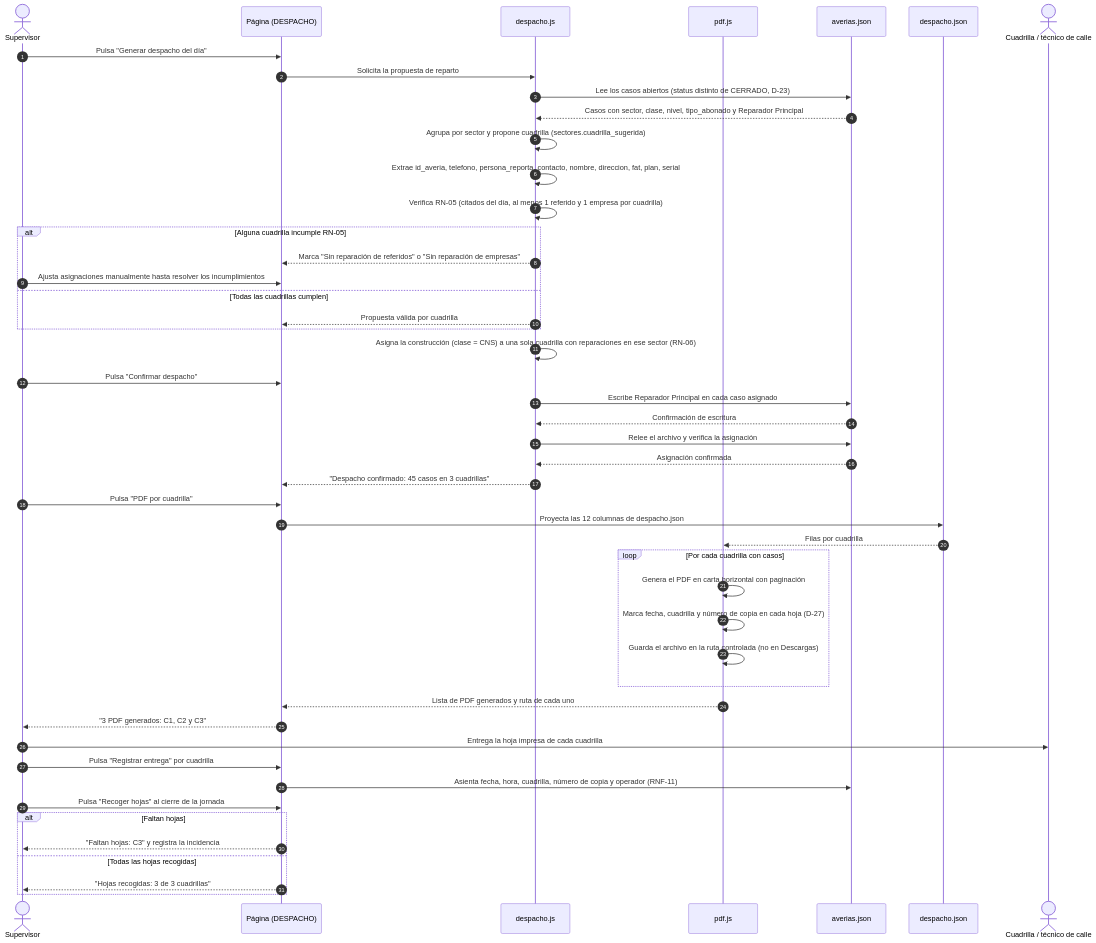
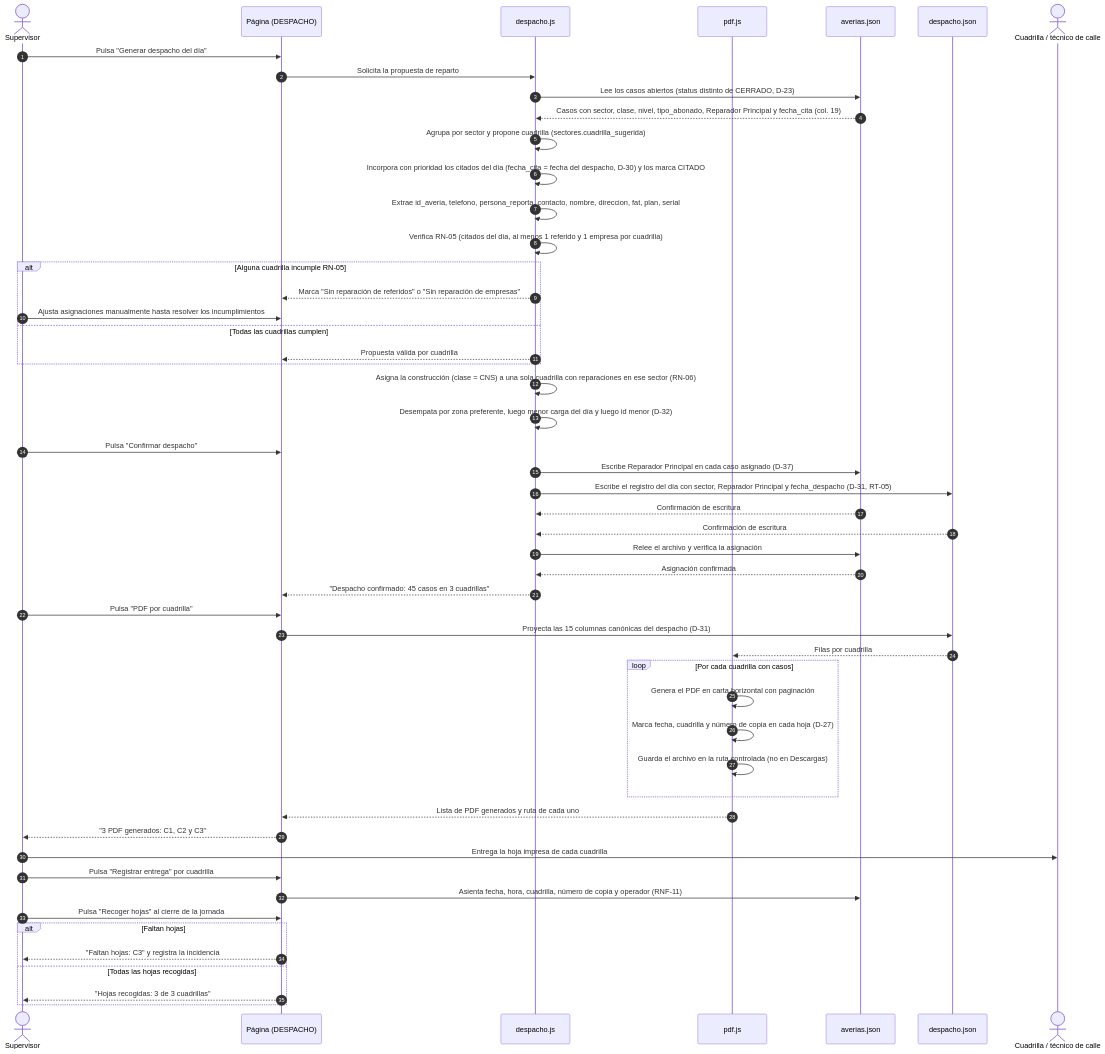
One commit to anlucorporations/GGTO changed the seventh of 8 diagrams in RepoTecnico/casos_uso/diagramas.md. Above: the diagram before and after it, drawn with Mermaid. The commit also changed other lines of this file and 3 other files, not shown here.

````diff
--- a/RepoTecnico/casos_uso/diagramas.md
+++ b/RepoTecnico/casos_uso/diagramas.md
@@ -350,51 +368,55 @@
 ```mermaid
 sequenceDiagram
     autonumber
     actor SUP as Supervisor
     participant UI as Página (DESPACHO)
     participant DSP as despacho.js
     participant PGF as pdf.js
     participant MAE as averias.json
     participant DES as despacho.json
     actor CUA as Cuadrilla / técnico de calle
 
     SUP->>UI: Pulsa "Generar despacho del día"
     UI->>DSP: Solicita la propuesta de reparto
     DSP->>MAE: Lee los casos abiertos (status distinto de CERRADO, D-23)
-    MAE-->>DSP: Casos con sector, clase, nivel, tipo_abonado y Reparador Principal
+    MAE-->>DSP: Casos con sector, clase, nivel, tipo_abonado, Reparador Principal y fecha_cita (col. 19)
     DSP->>DSP: Agrupa por sector y propone cuadrilla (sectores.cuadrilla_sugerida)
+    DSP->>DSP: Incorpora con prioridad los citados del día (fecha_cita = fecha del despacho, D-30) y los marca CITADO
     DSP->>DSP: Extrae id_averia, telefono, persona_reporta, contacto, nombre, direccion, fat, plan, serial
     DSP->>DSP: Verifica RN-05 (citados del día, al menos 1 referido y 1 empresa por cuadrilla)
     alt Alguna cuadrilla incumple RN-05
         DSP-->>UI: Marca "Sin reparación de referidos" o "Sin reparación de empresas"
         SUP->>UI: Ajusta asignaciones manualmente hasta resolver los incumplimientos
     else Todas las cuadrillas cumplen
         DSP-->>UI: Propuesta válida por cuadrilla
     end
     DSP->>DSP: Asigna la construcción (clase = CNS) a una sola cuadrilla con reparaciones en ese sector (RN-06)
+    DSP->>DSP: Desempata por zona preferente, luego menor carga del día y luego id menor (D-32)
     SUP->>UI: Pulsa "Confirmar despacho"
-    DSP->>MAE: Escribe Reparador Principal en cada caso asignado
+    DSP->>MAE: Escribe Reparador Principal en cada caso asignado (D-37)
+    DSP->>DES: Escribe el registro del día con sector, Reparador Principal y fecha_despacho (D-31, RT-05)
     MAE-->>DSP: Confirmación de escritura
+    DES-->>DSP: Confirmación de escritura
     DSP->>MAE: Relee el archivo y verifica la asignación
     MAE-->>DSP: Asignación confirmada
     DSP-->>UI: "Despacho confirmado: 45 casos en 3 cuadrillas"
     SUP->>UI: Pulsa "PDF por cuadrilla"
-    UI->>DES: Proyecta las 12 columnas de despacho.json
+    UI->>DES: Proyecta las 15 columnas canónicas del despacho (D-31)
     DES-->>PGF: Filas por cuadrilla
     loop Por cada cuadrilla con casos
         PGF->>PGF: Genera el PDF en carta horizontal con paginación
         PGF->>PGF: Marca fecha, cuadrilla y número de copia en cada hoja (D-27)
         PGF->>PGF: Guarda el archivo en la ruta controlada (no en Descargas)
     end
     PGF-->>UI: Lista de PDF generados y ruta de cada uno
     UI-->>SUP: "3 PDF generados: C1, C2 y C3"
     SUP->>CUA: Entrega la hoja impresa de cada cuadrilla
     SUP->>UI: Pulsa "Registrar entrega" por cuadrilla
     UI->>MAE: Asienta fecha, hora, cuadrilla, número de copia y operador (RNF-11)
     SUP->>UI: Pulsa "Recoger hojas" al cierre de la jornada
     alt Faltan hojas
         UI-->>SUP: "Faltan hojas: C3" y registra la incidencia
     else Todas las hojas recogidas
         UI-->>SUP: "Hojas recogidas: 3 de 3 cuadrillas"
     end
 ```
````
